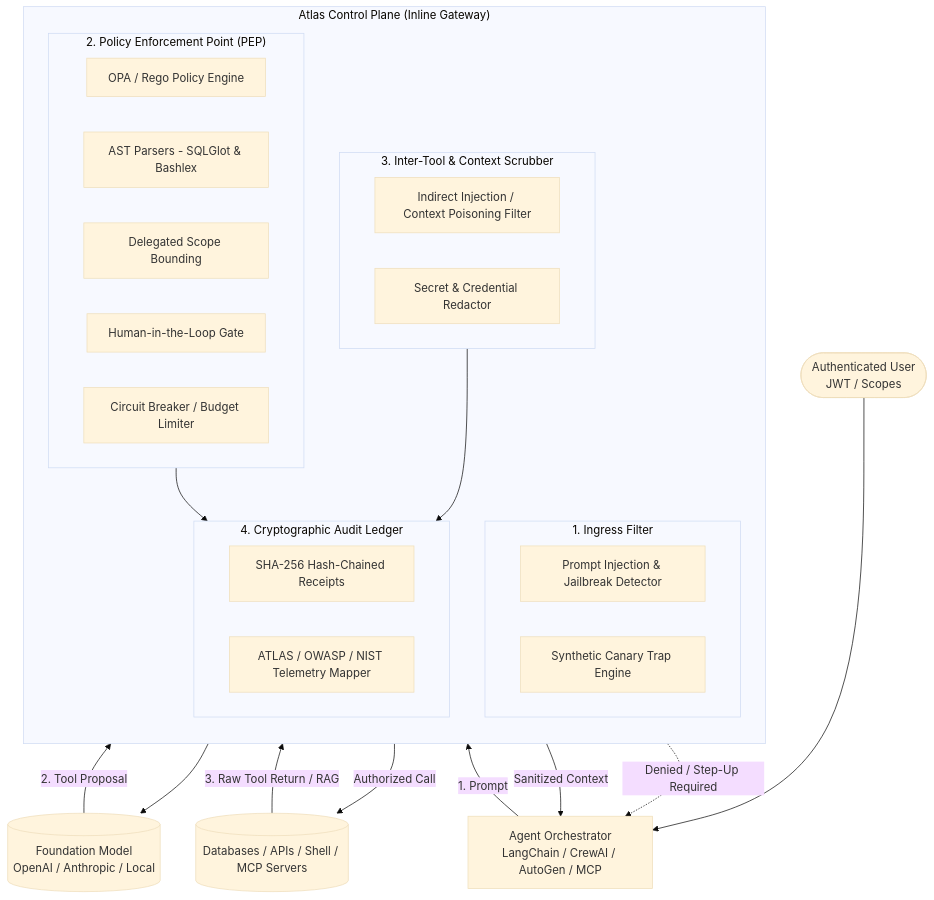
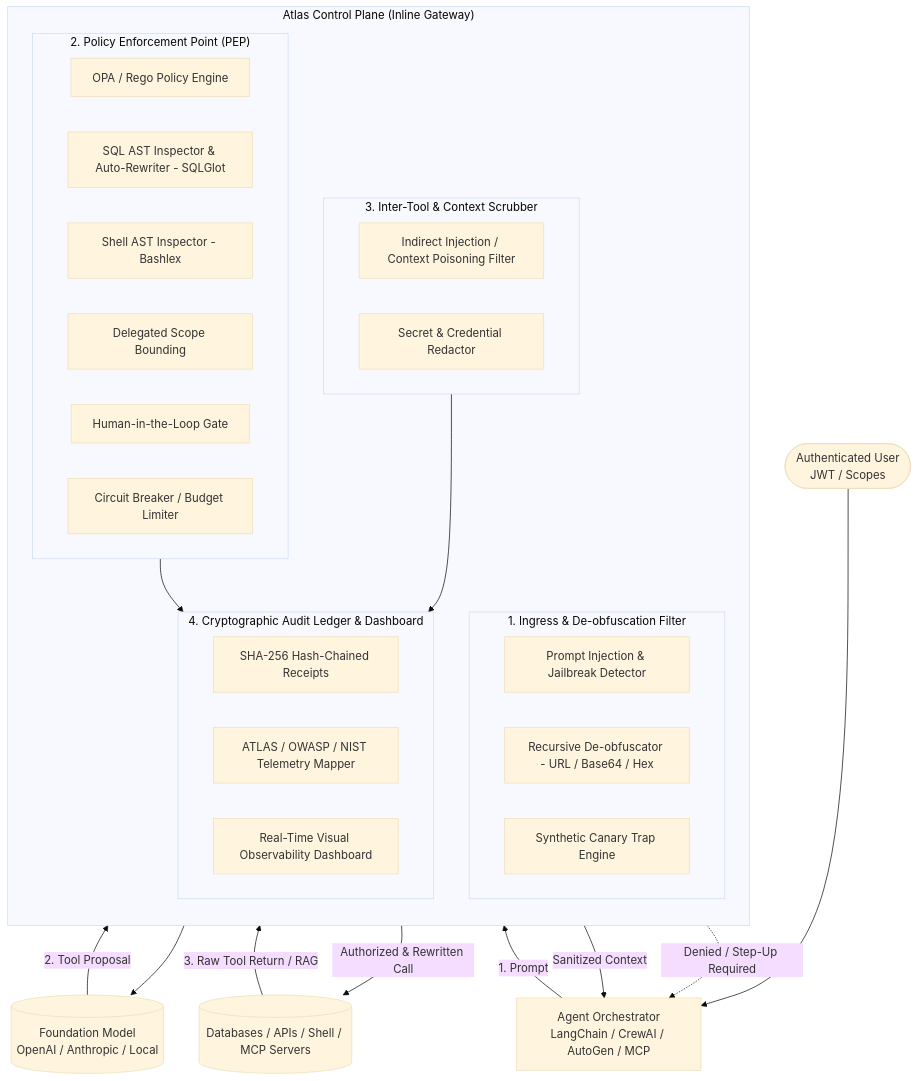
One commit to Samuelabhinav37/Atlas changed the diagram in README.md. Above: the diagram before and after it, drawn with Mermaid (base theme). The commit also changed other lines of this file and 8 other files, not shown here.

Commit message:
feat: add recursive de-obfuscator, shell AST inspector, and autonomous SQL security rewriter

````diff
--- a/README.md
+++ b/README.md
@@ -43,44 +43,47 @@
 ```mermaid
 flowchart TB
     User([Authenticated User\nJWT / Scopes]) --> Orchestrator[Agent Orchestrator\nLangChain / CrewAI / AutoGen / MCP]
     
     subgraph Atlas[" Atlas Control Plane (Inline Gateway) "]
         direction TB
         
-        subgraph Ingress[" 1. Ingress Filter "]
+        subgraph Ingress[" 1. Ingress & De-obfuscation Filter "]
             PI[Prompt Injection & Jailbreak Detector]
+            Deob[Recursive De-obfuscator - URL / Base64 / Hex]
             Canary[Synthetic Canary Trap Engine]
         end
         
         subgraph PEP[" 2. Policy Enforcement Point (PEP) "]
             OPA[OPA / Rego Policy Engine]
-            AST[AST Parsers - SQLGlot & Bashlex]
+            SQLAST[SQL AST Inspector & Auto-Rewriter - SQLGlot]
+            ShellAST[Shell AST Inspector - Bashlex]
             AuthZen[Delegated Scope Bounding]
             StepUp[Human-in-the-Loop Gate]
             LoopGuard[Circuit Breaker / Budget Limiter]
         end
         
         subgraph Scrubber[" 3. Inter-Tool & Context Scrubber "]
             IndirectPI[Indirect Injection / Context Poisoning Filter]
             SecretScrub[Secret & Credential Redactor]
         end
         
-        subgraph Audit[" 4. Cryptographic Audit Ledger "]
+        subgraph Audit[" 4. Cryptographic Audit Ledger & Dashboard "]
             HashChain[SHA-256 Hash-Chained Receipts]
             Taxonomy[ATLAS / OWASP / NIST Telemetry Mapper]
+            UI[Real-Time Visual Observability Dashboard]
         end
     end
     
     Orchestrator -->|1. Prompt| Ingress
     Ingress --> LLM[(Foundation Model\nOpenAI / Anthropic / Local)]
     
     LLM -->|2. Tool Proposal| PEP
-    PEP -->|Authorized Call| Tools[(Databases / APIs / Shell / MCP Servers)]
+    PEP -->|Authorized & Rewritten Call| Tools[(Databases / APIs / Shell / MCP Servers)]
     PEP -.->|Denied / Step-Up Required| Orchestrator
     
     Tools -->|3. Raw Tool Return / RAG| Scrubber
     Scrubber -->|Sanitized Context| Orchestrator
     
     PEP --> Audit
     Scrubber --> Audit
 ```
````
